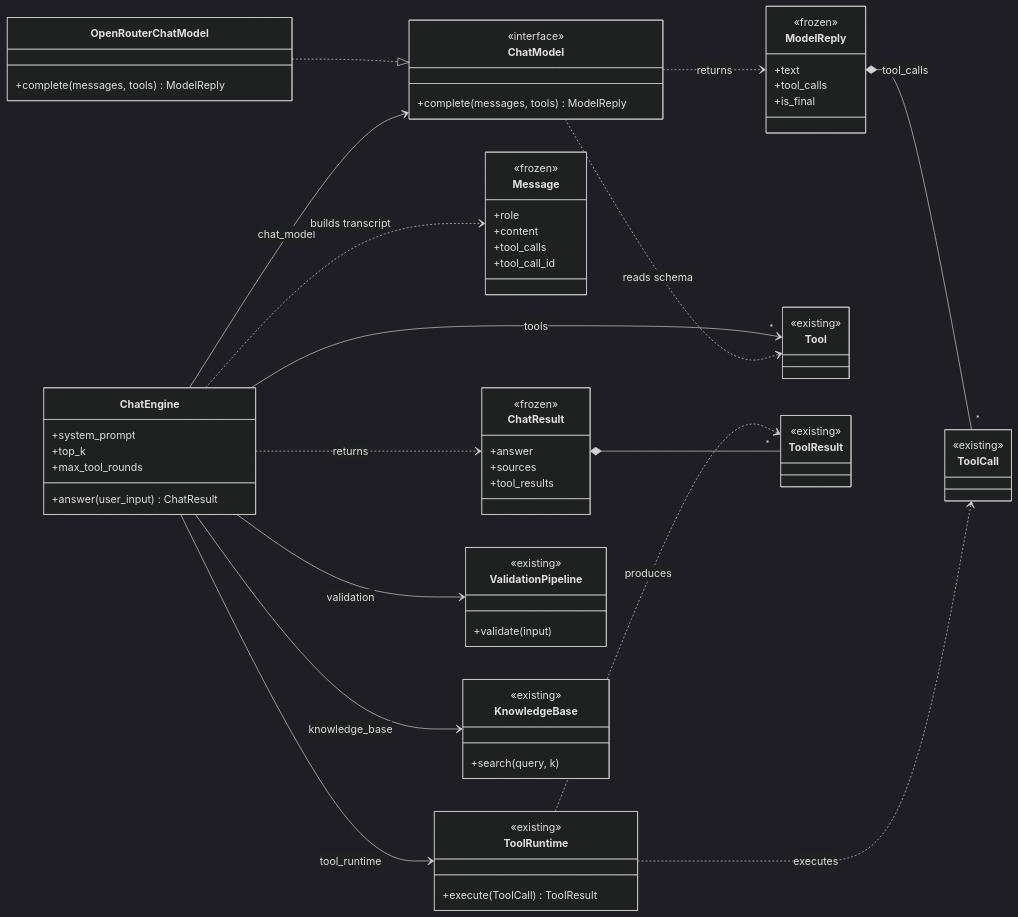
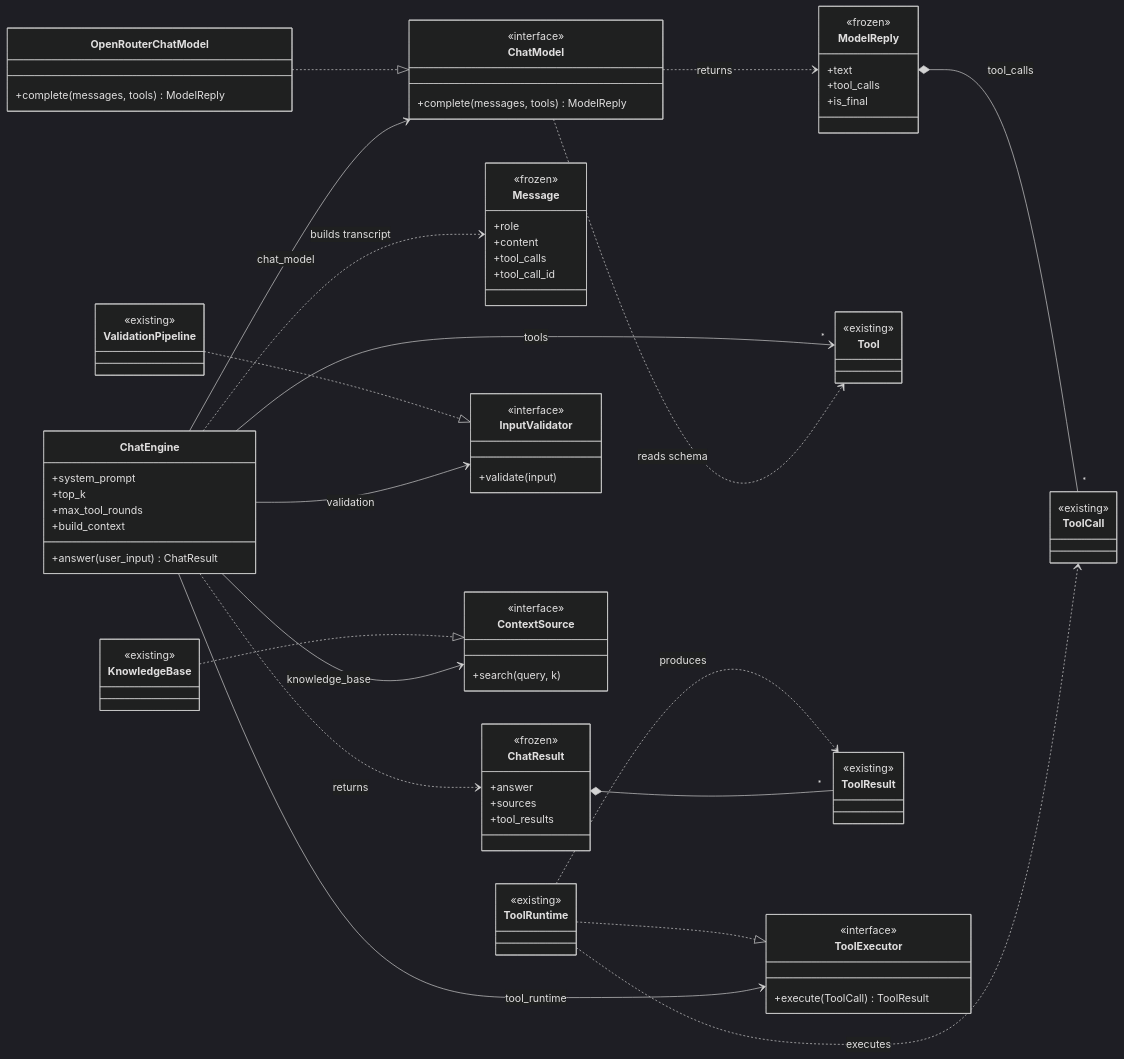
One commit to aschog/cora changed the first of 3 diagrams in docs/plans/chat-engine.md. Above: the diagram before and after it, drawn with Mermaid (dark theme). The commit also changed other lines of this file, not shown here.

Commit message:
docs: decouple engine via client-owned ports, injectable prompt policy

```diff
--- a/docs/plans/chat-engine.md
+++ b/docs/plans/chat-engine.md
@@ -45,6 +45,7 @@
     +system_prompt
     +top_k
     +max_tool_rounds
+    +build_context
     +answer(user_input) ChatResult
   }
   class ChatResult {
@@ -65,24 +66,36 @@
   class ToolResult {
     <<existing>>
   }
+  class ToolExecutor {
+    <<interface>>
+    +execute(ToolCall) ToolResult
+  }
+  class InputValidator {
+    <<interface>>
+    +validate(input)
+  }
+  class ContextSource {
+    <<interface>>
+    +search(query, k)
+  }
   class ToolRuntime {
     <<existing>>
-    +execute(ToolCall) ToolResult
   }
   class ValidationPipeline {
     <<existing>>
-    +validate(input)
   }
   class KnowledgeBase {
     <<existing>>
-    +search(query, k)
   }
 
   OpenRouterChatModel ..|> ChatModel
+  KnowledgeBase ..|> ContextSource
+  ValidationPipeline ..|> InputValidator
+  ToolRuntime ..|> ToolExecutor
   ChatEngine --> ChatModel : chat_model
-  ChatEngine --> KnowledgeBase : knowledge_base
-  ChatEngine --> ValidationPipeline : validation
-  ChatEngine --> ToolRuntime : tool_runtime
+  ChatEngine --> ContextSource : knowledge_base
+  ChatEngine --> InputValidator : validation
+  ChatEngine --> ToolExecutor : tool_runtime
   ChatEngine ..> ChatResult : returns
   ChatEngine ..> Message : builds transcript
   ChatEngine --> "*" Tool : tools
```
